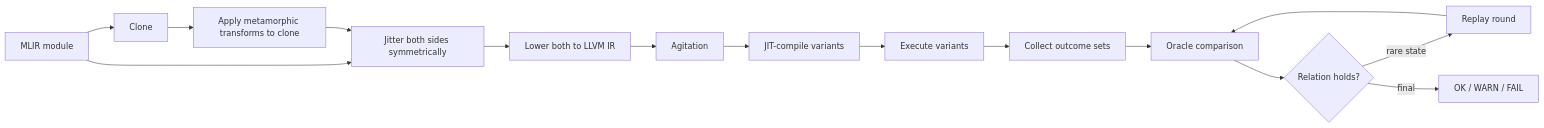
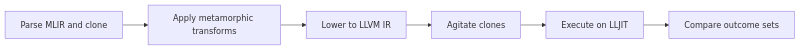
The diagram in README.md (dakaidan/MLIR-MRacle), drawn with Mermaid before and after one commit. The commit also changed other lines of this file and 8 other files, not shown here.

````diff
--- a/README.md
+++ b/README.md
@@ -22,17 +24,8 @@
 ```mermaid
 flowchart LR
-    A[MLIR module] --> B[Clone]
-    B --> C[Apply metamorphic transforms to clone]
-    A --> D[Jitter both sides symmetrically]
-    C --> D
-    D --> E[Lower both to LLVM IR]
-    E --> F[Agitation]
-    F --> G[JIT-compile variants]
-    G --> H[Execute variants]
-    H --> I[Collect outcome sets]
-    I --> J[Oracle comparison]
-    J --> K{Relation holds?}
-    K -->|rare state| L[Replay round]
-    L --> J
-    K -->|final| M[OK / WARN / FAIL]
+    A[Parse MLIR and clone] --> B[Apply metamorphic transforms]
+    B --> C[Lower to LLVM IR]
+    C --> D[Agitate clones]
+    D --> E[Execute on LLJIT]
+    E --> F[Compare outcome sets]
 ```
````
